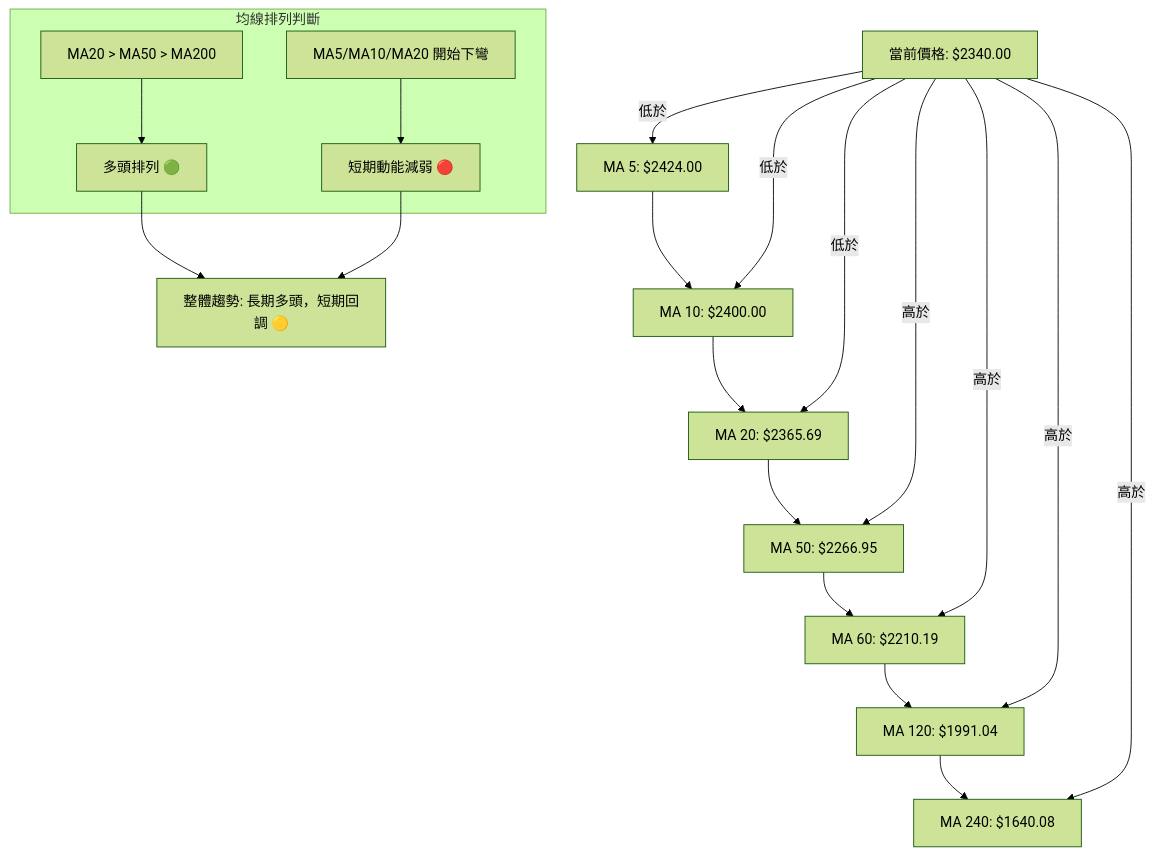
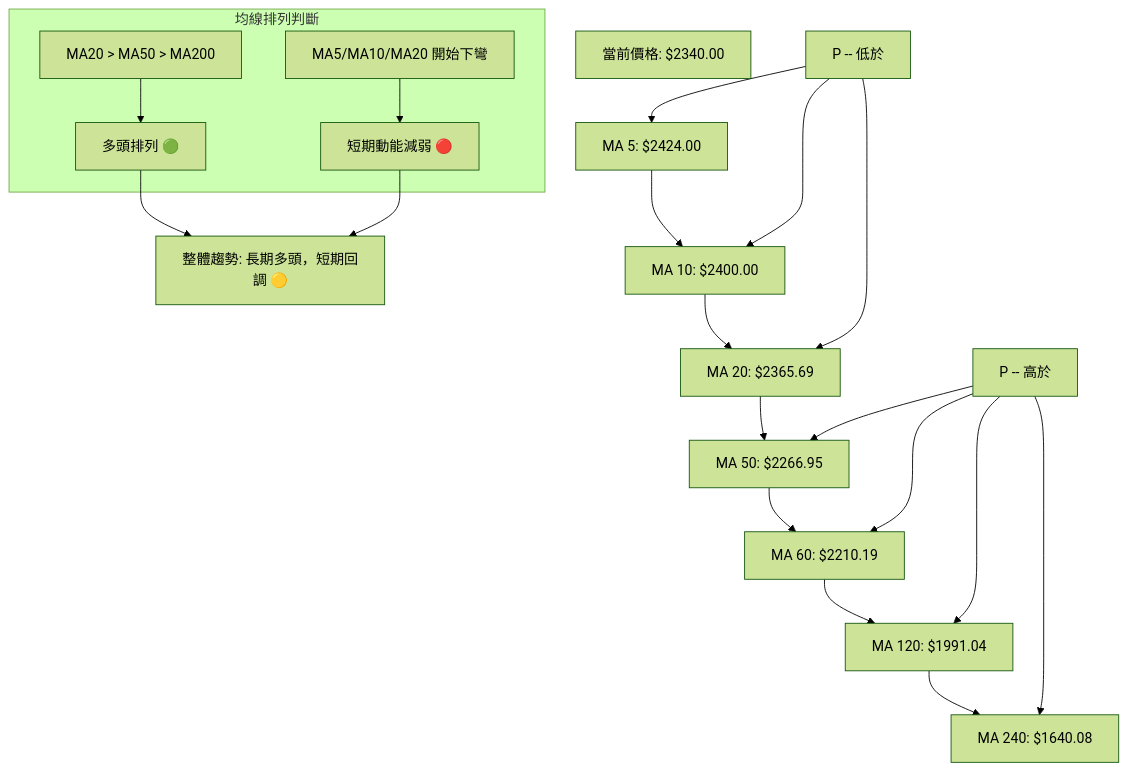
One commit to yennanliu/finance_data changed the sixth of 10 diagrams in ai_gen_report/stock/2330.tw/technical_analysis_2026-06-28_gemini.md. Above: the diagram before and after it, drawn with Mermaid (forest theme). The commit also changed other lines of this file and 2258 other files, not shown here.

First line of the commit message:
chore: backfill Mermaid syntax repair across existing reports

````diff
--- a/ai_gen_report/stock/2330.tw/technical_analysis_2026-06-28_gemini.md
+++ b/ai_gen_report/stock/2330.tw/technical_analysis_2026-06-28_gemini.md
@@ -431,26 +431,26 @@
 ```mermaid
 graph TD
-    P[當前價格: $2340.00]
-    MA5[MA 5: $2424.00] --> MA10[MA 10: $2400.00]
-    MA10 --> MA20[MA 20: $2365.69]
-    MA20 --> MA50[MA 50: $2266.95]
-    MA50 --> MA60[MA 60: $2210.19]
-    MA60 --> MA120[MA 120: $1991.04]
-    MA120 --> MA240[MA 240: $1640.08]
+    P["當前價格: $2340.00"]
+    MA5["MA 5: $2424.00"] --> MA10["MA 10: $2400.00"]
+    MA10 --> MA20["MA 20: $2365.69"]
+    MA20 --> MA50["MA 50: $2266.95"]
+    MA50 --> MA60["MA 60: $2210.19"]
+    MA60 --> MA120["MA 120: $1991.04"]
+    MA120 --> MA240["MA 240: $1640.08"]
 
     subgraph 均線排列判斷
-        DIR1[MA20 > MA50 > MA200] --> Bullish[多頭排列 🟢]
-        DIR2[MA5/MA10/MA20 開始下彎] --> ShortTermWeakness[短期動能減弱 🔴]
+        DIR1["MA20 > MA50 > MA200"] --> Bullish["多頭排列 🟢"]
+        DIR2["MA5/MA10/MA20 開始下彎"] --> ShortTermWeakness["短期動能減弱 🔴"]
     end
 
-    P -- 低於 --> MA5
-    P -- 低於 --> MA10
-    P -- 低於 --> MA20
-    P -- 高於 --> MA50
-    P -- 高於 --> MA60
-    P -- 高於 --> MA120
-    P -- 高於 --> MA240
+    nb1["P -- 低於"] --> MA5
+    nb1["P -- 低於"] --> MA10
+    nb1["P -- 低於"] --> MA20
+    nb2["P -- 高於"] --> MA50
+    nb2["P -- 高於"] --> MA60
+    nb2["P -- 高於"] --> MA120
+    nb2["P -- 高於"] --> MA240
 
-    Bullish --> Overall[整體趨勢: 長期多頭，短期回調 🟡]
+    Bullish --> Overall["整體趨勢: 長期多頭，短期回調 🟡"]
     ShortTermWeakness --> Overall
 ```
````
